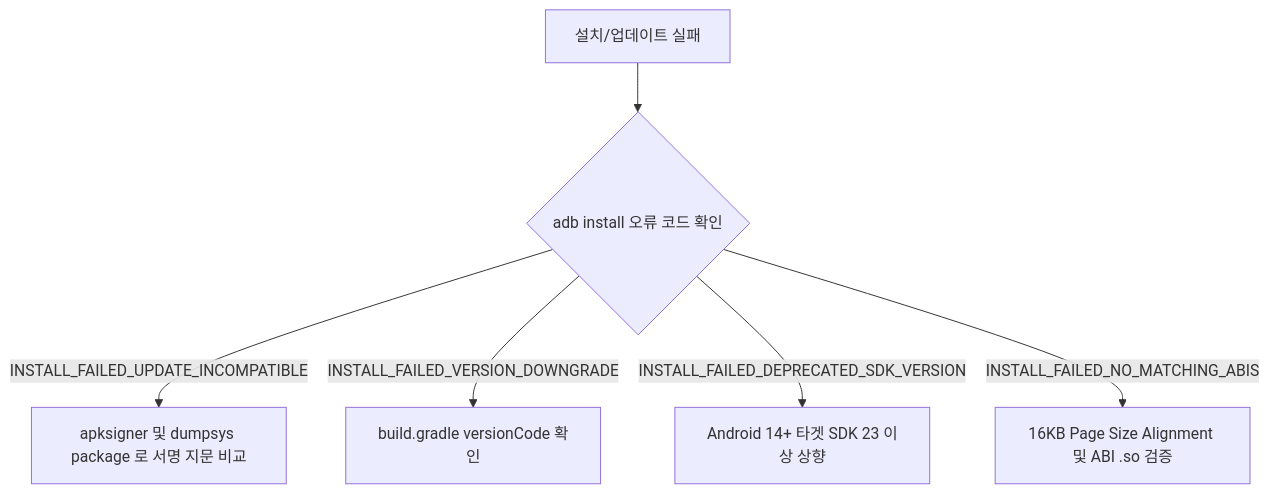
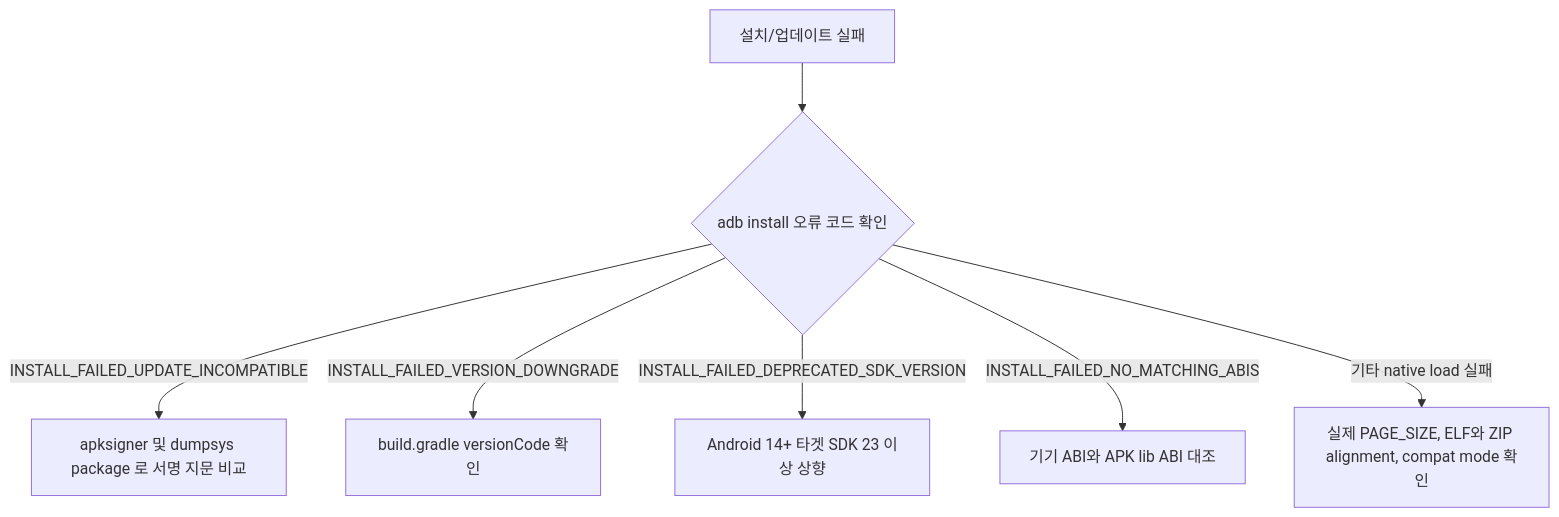
One commit to youngmin-gwon/what-i-studied changed the diagram in 01_inbox/mobile/android/00_foundations/diagnostic-runbooks/08-install-update-failure.md. Above: the diagram before and after it, drawn with Mermaid. The commit also changed other lines of this file and 22 other files, not shown here.

````diff
--- a/01_inbox/mobile/android/00_foundations/diagnostic-runbooks/08-install-update-failure.md
+++ b/01_inbox/mobile/android/00_foundations/diagnostic-runbooks/08-install-update-failure.md
@@ -30,8 +31,9 @@
 ```mermaid
 graph TD
     A[설치/업데이트 실패] --> B{adb install 오류 코드 확인}
     B -- INSTALL_FAILED_UPDATE_INCOMPATIBLE --> C[apksigner 및 dumpsys package 로 서명 지문 비교]
     B -- INSTALL_FAILED_VERSION_DOWNGRADE --> D[build.gradle versionCode 확인]
     B -- INSTALL_FAILED_DEPRECATED_SDK_VERSION --> E[Android 14+ 타겟 SDK 23 이상 상향]
-    B -- INSTALL_FAILED_NO_MATCHING_ABIS --> F[16KB Page Size Alignment 및 ABI .so 검증]
+    B -- INSTALL_FAILED_NO_MATCHING_ABIS --> F[기기 ABI와 APK lib ABI 대조]
+    B -- 기타 native load 실패 --> G[실제 PAGE_SIZE, ELF와 ZIP alignment, compat mode 확인]
 ```
````
